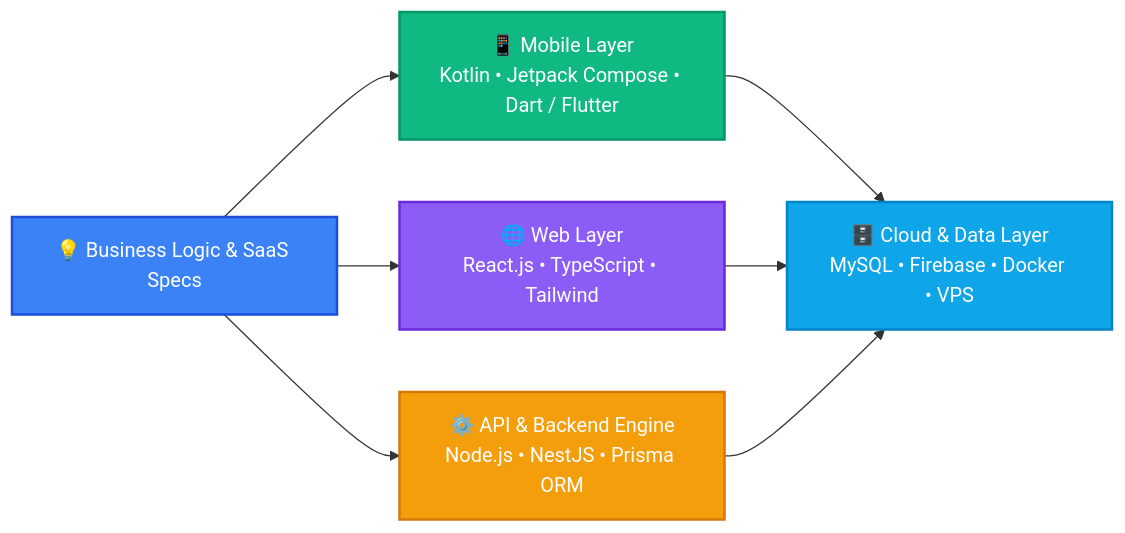
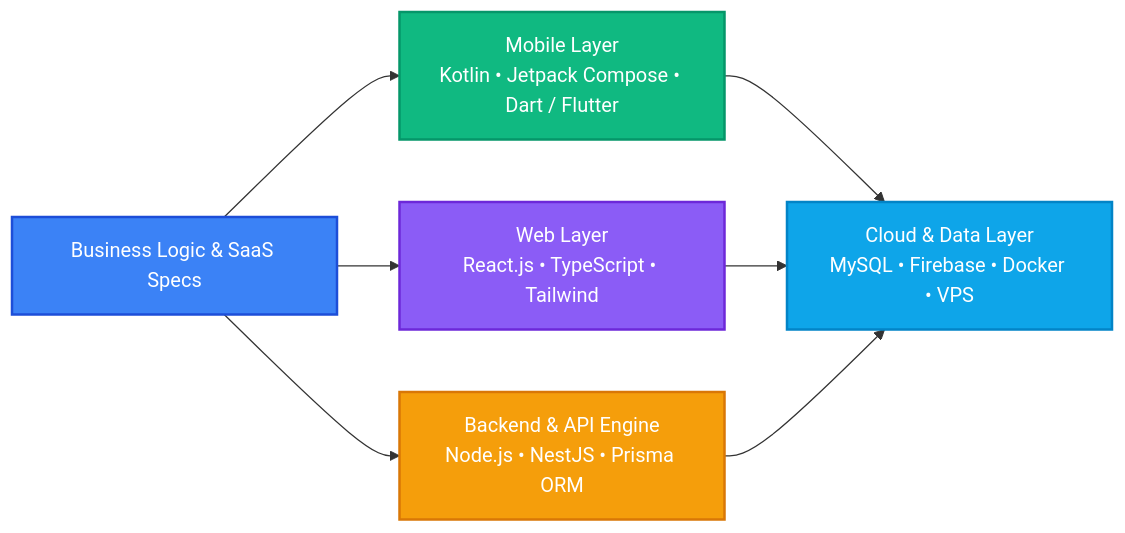
The third of 3 diagrams in README.md (jayagarwal-github/jayagarwal-github), drawn with Mermaid before and after one commit. The commit also changed other lines of this file, not shown here.

Commit message:
Remove all emojis and add Languages Breakdown pie chart

````diff
--- a/README.md
+++ b/README.md
@@ -46,15 +58,15 @@
 ```mermaid
 graph LR
-    A["💡 Business Logic & SaaS Specs"] --> B["📱 Mobile Layer<br/>Kotlin • Jetpack Compose • Dart / Flutter"]
-    A --> C["🌐 Web Layer<br/>React.js • TypeScript • Tailwind"]
-    A --> D["⚙️ API & Backend Engine<br/>Node.js • NestJS • Prisma ORM"]
-    B --> E["🗄️ Cloud & Data Layer<br/>MySQL • Firebase • Docker • VPS"]
+    A["Business Logic & SaaS Specs"] --> B["Mobile Layer<br/>Kotlin • Jetpack Compose • Dart / Flutter"]
+    A --> C["Web Layer<br/>React.js • TypeScript • Tailwind"]
+    A --> D["Backend & API Engine<br/>Node.js • NestJS • Prisma ORM"]
+    B --> E["Cloud & Data Layer<br/>MySQL • Firebase • Docker • VPS"]
     C --> E
     D --> E
 
     style A fill:#3b82f6,stroke:#1d4ed8,stroke-width:2px,color:#fff
     style B fill:#10b981,stroke:#059669,stroke-width:2px,color:#fff
     style C fill:#8b5cf6,stroke:#6d28d9,stroke-width:2px,color:#fff
     style D fill:#f59e0b,stroke:#d97706,stroke-width:2px,color:#fff
     style E fill:#0ea5e9,stroke:#0284c7,stroke-width:2px,color:#fff
 ```
````
